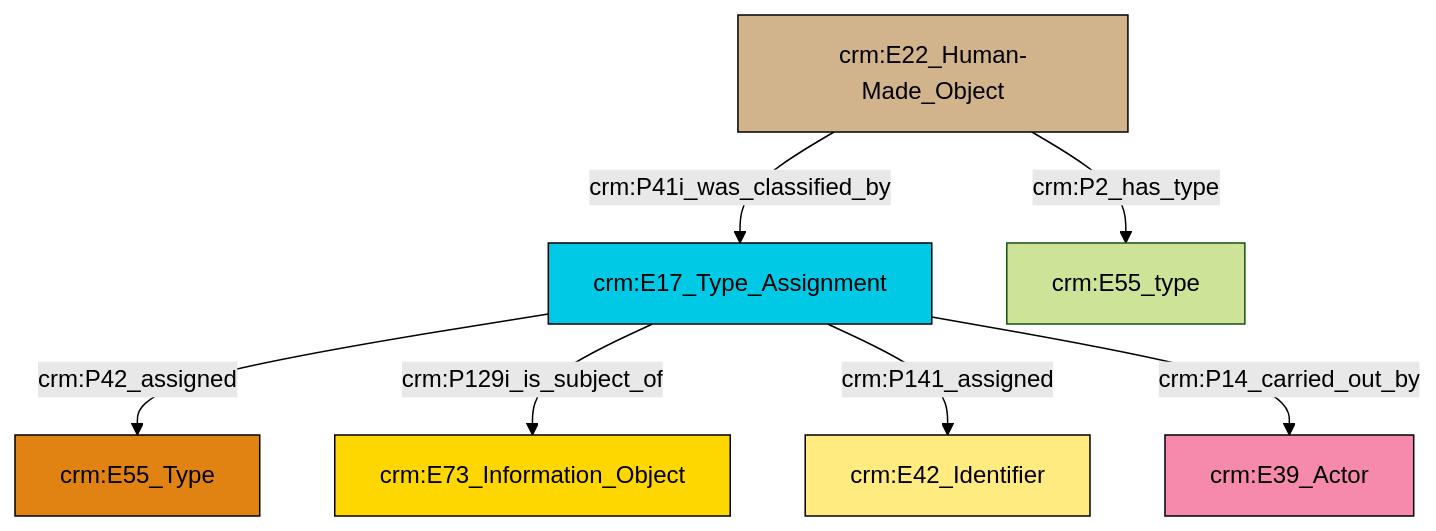
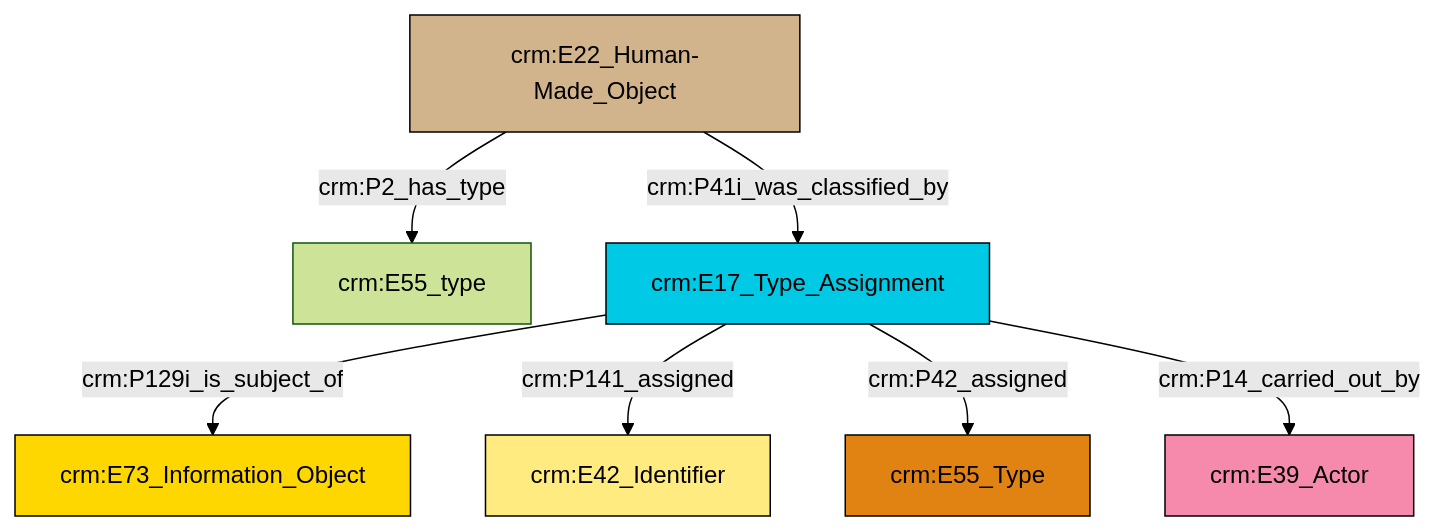
Before and after one commit to swiss-art-research-net/reference-data-models: the diagram in et/builtWorkCSV/ttl/mmd/Built_Work_designation_status.ttl.mmd, drawn with Mermaid (forest theme). The commit also changed 125 other files, not shown here.

```diff
--- a/et/builtWorkCSV/ttl/mmd/Built_Work_designation_status.ttl.mmd
+++ b/et/builtWorkCSV/ttl/mmd/Built_Work_designation_status.ttl.mmd
@@ -1,21 +1,21 @@
 graph TD
 classDef Literal fill:#f2f2f2,stroke:#000000;
 classDef CRM_Entity fill:#FFFFFF,stroke:#000000;
 classDef Temporal_Entity fill:#00C9E6, stroke:#000000;
 classDef Type fill:#E18312, stroke:#000000;
 classDef Time-Span fill:#2C9C91, stroke:#000000;
 classDef Appellation fill:#FFEB7F, stroke:#000000;
 classDef Place fill:#008836, stroke:#000000;
 classDef Persistent_Item fill:#B266B2, stroke:#000000;
 classDef Conceptual_Object fill:#FFD700, stroke:#000000;
 classDef Physical_Thing fill:#D2B48C, stroke:#000000;
 classDef Actor fill:#f58aad, stroke:#000000;
 classDef PC_Classes fill:#4ce600, stroke:#000000;
 classDef Multi fill:#cccccc,stroke:#000000;
 
-0["crm:E17_Type_Assignment"]:::Temporal_Entity -->|crm:P42_assigned| 1["crm:E55_Type"]:::Type
-2["crm:E22_Human-Made_Object"]:::Physical_Thing -->|crm:P41i_was_classified_by| 0["crm:E17_Type_Assignment"]:::Temporal_Entity
-0["crm:E17_Type_Assignment"]:::Temporal_Entity -->|crm:P129i_is_subject_of| 4["crm:E73_Information_Object"]:::Conceptual_Object
-0["crm:E17_Type_Assignment"]:::Temporal_Entity -->|crm:P141_assigned| 7["crm:E42_Identifier"]:::Appellation
-2["crm:E22_Human-Made_Object"]:::Physical_Thing -->|crm:P2_has_type| 9["crm:E55_type"]:::Default
-0["crm:E17_Type_Assignment"]:::Temporal_Entity -->|crm:P14_carried_out_by| 12["crm:E39_Actor"]:::Actor
+4["crm:E17_Type_Assignment"]:::Temporal_Entity -->|crm:P129i_is_subject_of| 5["crm:E73_Information_Object"]:::Conceptual_Object
+6["crm:E22_Human-Made_Object"]:::Physical_Thing -->|crm:P2_has_type| 0["crm:E55_type"]:::Default
+6["crm:E22_Human-Made_Object"]:::Physical_Thing -->|crm:P41i_was_classified_by| 4["crm:E17_Type_Assignment"]:::Temporal_Entity
+4["crm:E17_Type_Assignment"]:::Temporal_Entity -->|crm:P141_assigned| 11["crm:E42_Identifier"]:::Appellation
+4["crm:E17_Type_Assignment"]:::Temporal_Entity -->|crm:P42_assigned| 2["crm:E55_Type"]:::Type
+4["crm:E17_Type_Assignment"]:::Temporal_Entity -->|crm:P14_carried_out_by| 9["crm:E39_Actor"]:::Actor
```
